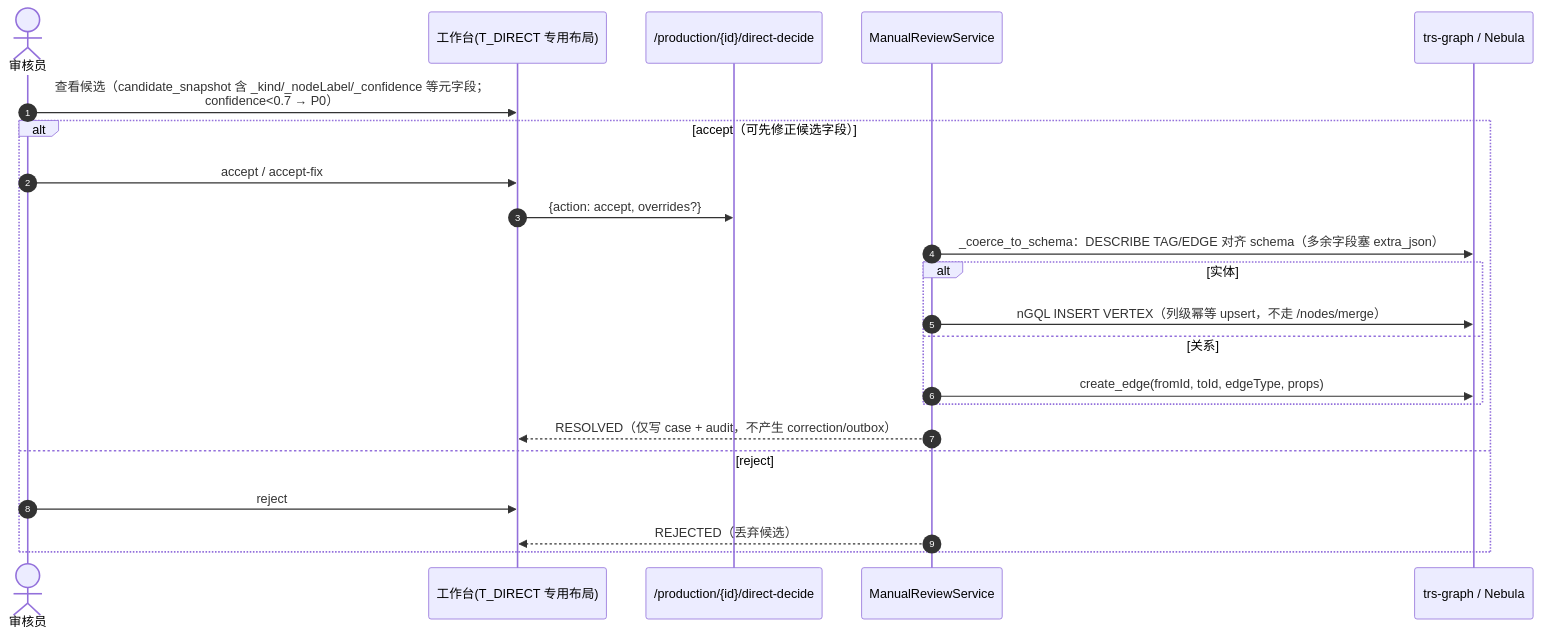
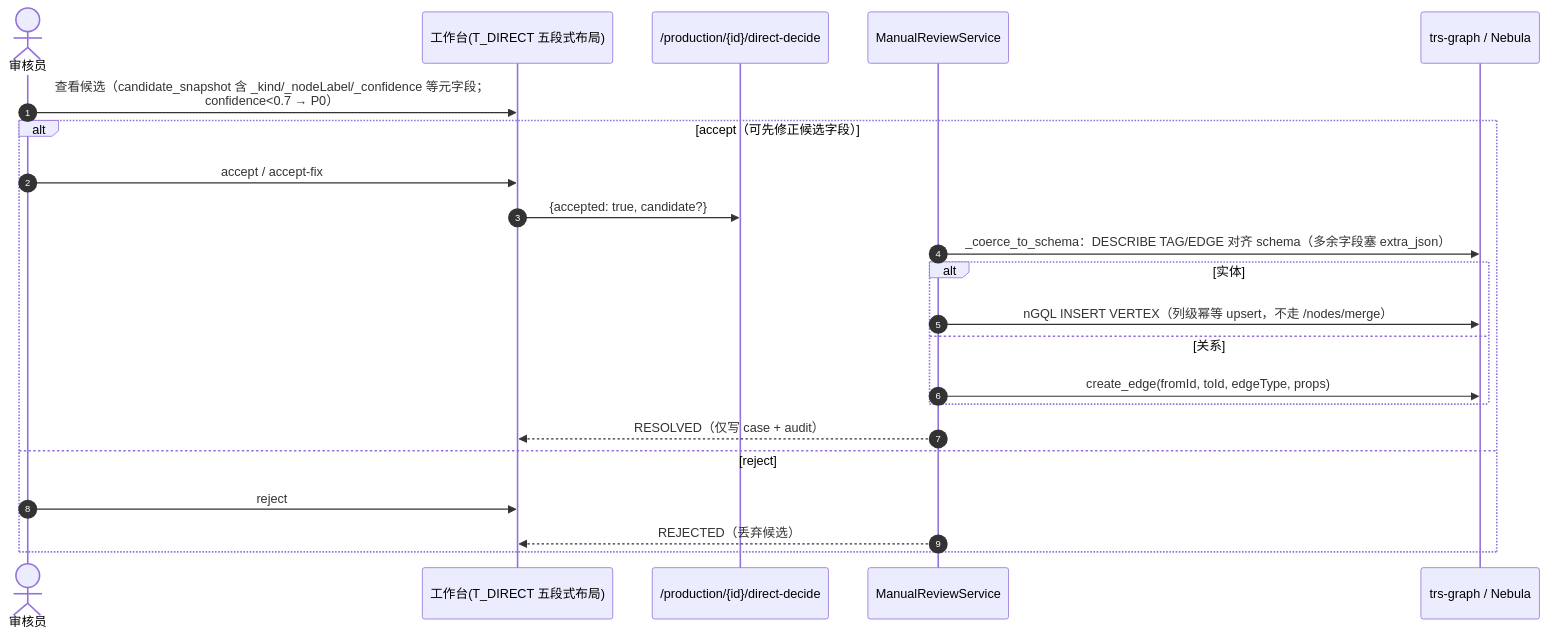
The third of 4 diagrams in docs/人工审核模块.md (Marisolebxf/tech-kg-api), drawn with Mermaid before and after one commit. The commit also changed other lines of this file and 43 other files, not shown here.

First line of the commit message:
refactor: 移除人工审核图构建移交通道，收敛为三个在用模板

````diff
--- a/docs/人工审核模块.md
+++ b/docs/人工审核模块.md
@@ -239,25 +172,25 @@
 ```mermaid
 sequenceDiagram
     autonumber
     actor R as 审核员
-    participant FE as 工作台(T_DIRECT 专用布局)
+    participant FE as 工作台(T_DIRECT 五段式布局)
     participant API as /production/{id}/direct-decide
     participant SVC as ManualReviewService
     participant TG as trs-graph / Nebula
 
     R->>FE: 查看候选（candidate_snapshot 含 _kind/_nodeLabel/_confidence 等元字段；<br/>confidence<0.7 → P0）
     alt accept（可先修正候选字段）
         R->>FE: accept / accept-fix
-        FE->>API: {action: accept, overrides?}
+        FE->>API: {accepted: true, candidate?}
         SVC->>TG: _coerce_to_schema：DESCRIBE TAG/EDGE 对齐 schema（多余字段塞 extra_json）
         alt 实体
             SVC->>TG: nGQL INSERT VERTEX（列级幂等 upsert，不走 /nodes/merge）
         else 关系
             SVC->>TG: create_edge(fromId, toId, edgeType, props)
         end
-        SVC-->>FE: RESOLVED（仅写 case + audit，不产生 correction/outbox）
+        SVC-->>FE: RESOLVED（仅写 case + audit）
     else reject
         R->>FE: reject
         SVC-->>FE: REJECTED（丢弃候选）
     end
 ```
````
